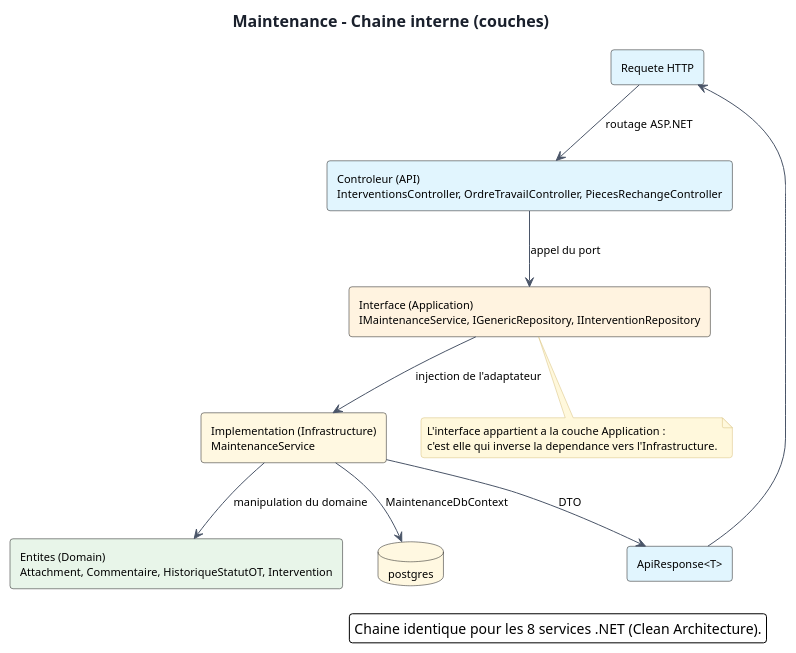
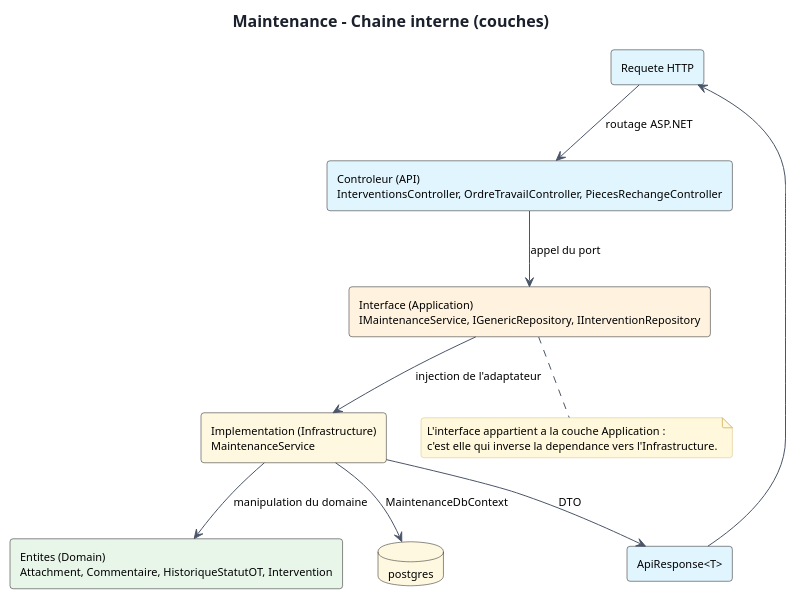
The diagram in docs/diagrams/microservices/Maintenance/Maintenance-service-flow.puml (saber-barhoumi/Xpark-gmao), drawn with PlantUML before and after one commit. The commit also changed 192 other files, not shown here.

First line of the commit message:
docs(uml): mise aux normes academiques des diagrammes des microservices

```diff
--- a/docs/diagrams/microservices/Maintenance/Maintenance-service-flow.puml
+++ b/docs/diagrams/microservices/Maintenance/Maintenance-service-flow.puml
@@ -1,43 +1,40 @@
 @startuml
+skinparam style strictuml
 skinparam backgroundColor #FFFFFF
 skinparam shadowing false
 skinparam defaultFontName Verdana
 skinparam defaultFontSize 11
 skinparam roundCorner 6
 skinparam ArrowColor #4A5568
 skinparam TitleFontSize 16
 skinparam TitleFontColor #1A202C
 skinparam NoteBackgroundColor #FFF8DC
 skinparam NoteBorderColor #D6BF7A
 skinparam componentStyle rectangle
 
 title Maintenance - Chaine interne (couches)
 
 skinparam componentStyle rectangle
 
 rectangle "Requete HTTP" as R #E1F5FE
 rectangle "Controleur (API)\nInterventionsController, OrdreTravailController, PiecesRechangeController" as C #E1F5FE
 rectangle "Interface (Application)\nIMaintenanceService, IGenericRepository, IInterventionRepository" as I #FFF3E0
 rectangle "Implementation (Infrastructure)\nMaintenanceService" as S #FFF8E1
 rectangle "Entites (Domain)\nAttachment, Commentaire, HistoriqueStatutOT, Intervention" as E #E8F5E9
 database "postgres" as PG #FFF8E1
 rectangle "ApiResponse<T>" as RESP #E1F5FE
 
 R --> C : routage ASP.NET
 C --> I : appel du port
 I --> S : injection de l'adaptateur
 S --> E : manipulation du domaine
 S --> PG : MaintenanceDbContext
 S --> RESP : DTO
 RESP --> R
 
 note bottom of I
   L'interface appartient a la couche Application :
   c'est elle qui inverse la dependance vers l'Infrastructure.
 end note
 
-legend right
-Chaine identique pour les 8 services .NET (Clean Architecture).
-endlegend
-
 @enduml
```
